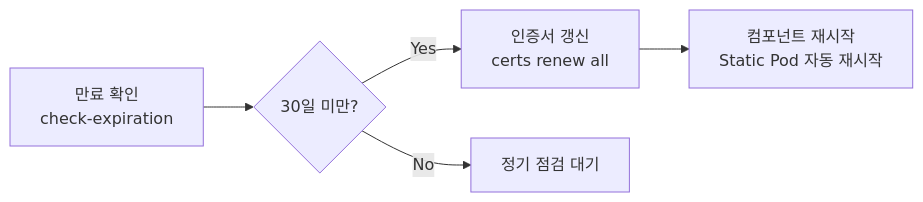
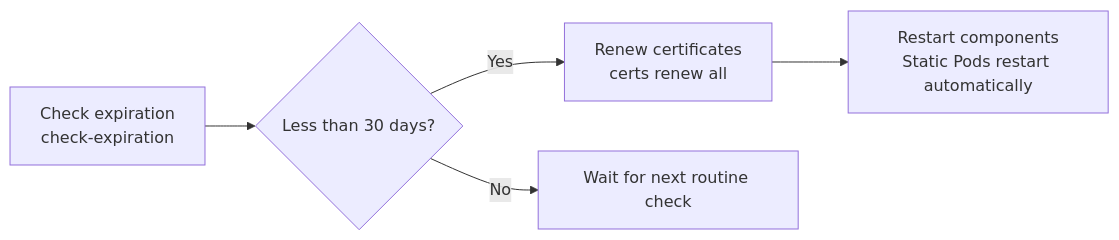
Before and after one commit to jeonck/k8s-adv: the diagram in content/security/03-operation/28-cert-expiration-and-renew.md, drawn with Mermaid. The commit also changed other lines of this file and 223 other files, not shown here.

````diff
--- a/content/security/03-operation/28-cert-expiration-and-renew.md
+++ b/content/security/03-operation/28-cert-expiration-and-renew.md
@@ -46,7 +46,7 @@
 ```mermaid
 flowchart LR
-    Check[만료 확인<br/>check-expiration] --> Decision{30일 미만?}
-    Decision -- Yes --> Renew[인증서 갱신<br/>certs renew all]
-    Renew --> Restart[컴포넌트 재시작<br/>Static Pod 자동 재시작]
-    Decision -- No --> Wait[정기 점검 대기]
+    Check[Check expiration<br/>check-expiration] --> Decision{Less than 30 days?}
+    Decision -- Yes --> Renew[Renew certificates<br/>certs renew all]
+    Renew --> Restart[Restart components<br/>Static Pods restart automatically]
+    Decision -- No --> Wait[Wait for next routine check]
 ```
````
